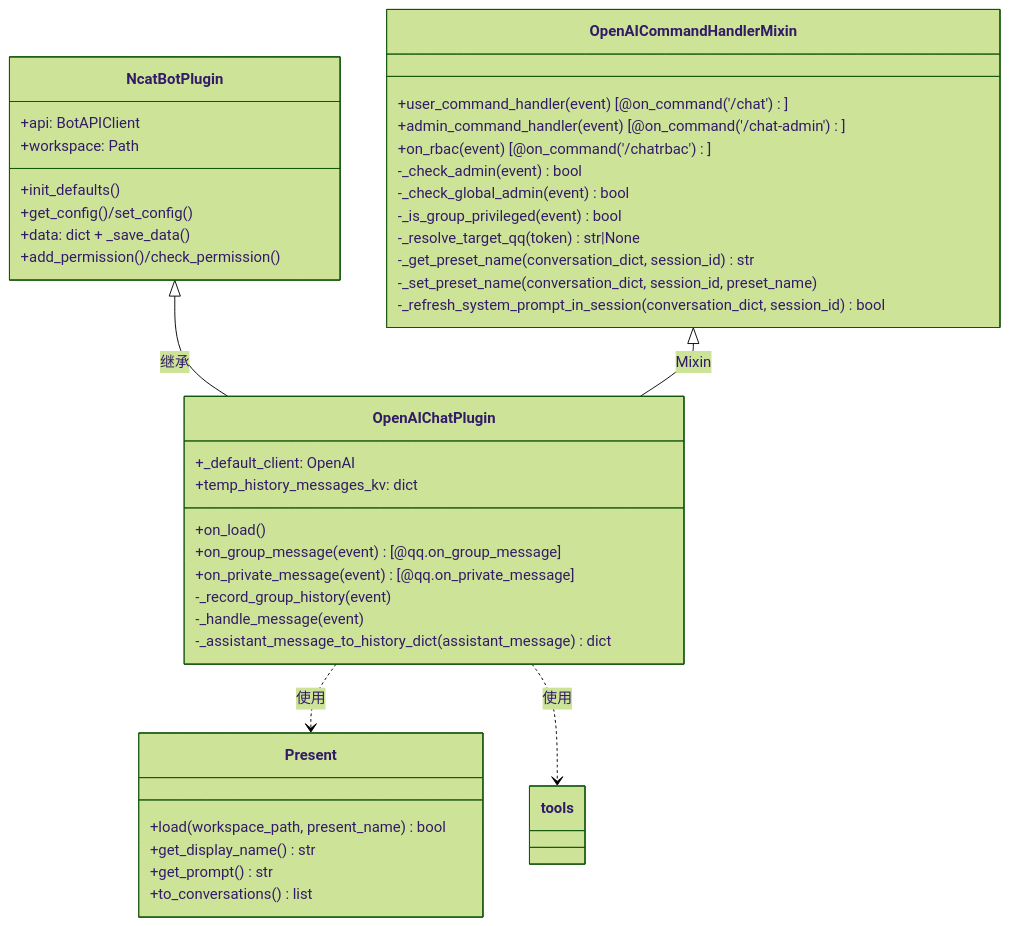
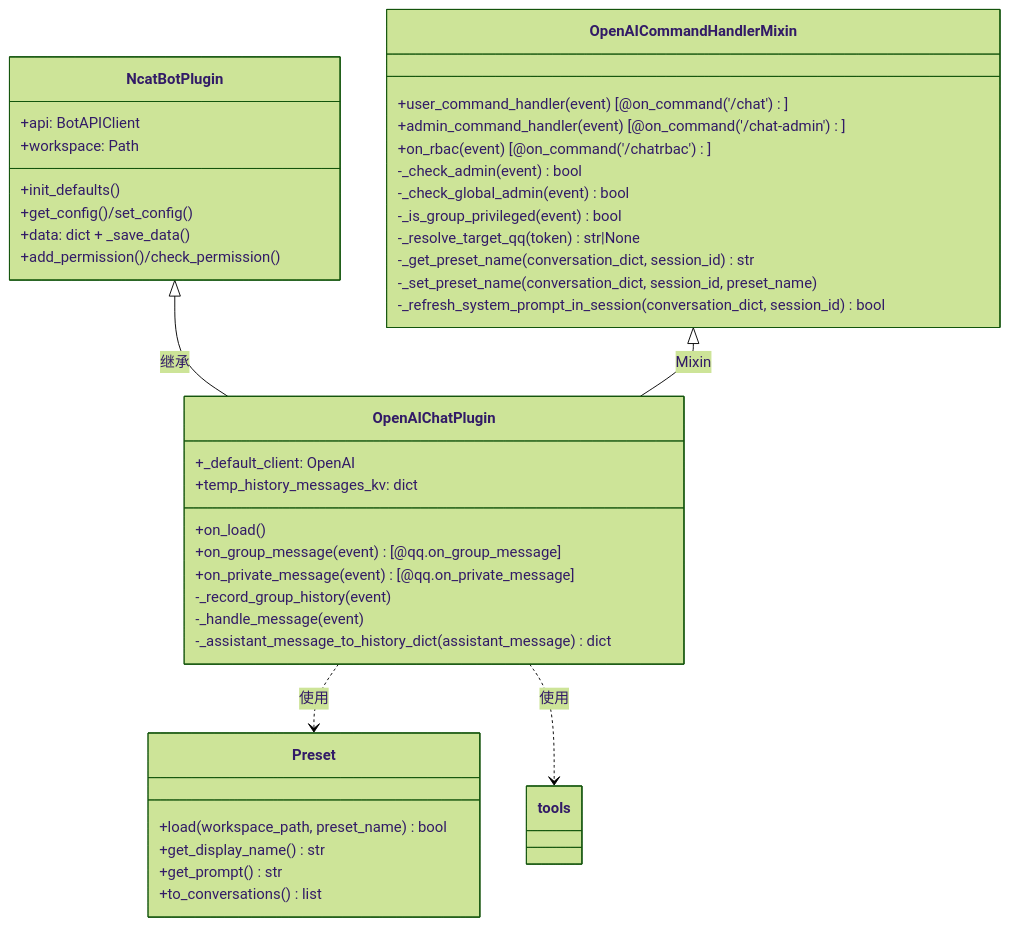
The third of 3 diagrams in AGENTS.md (Yang-qwq/openai_chat_plugin), drawn with Mermaid (forest theme) before and after one commit. The commit also changed other lines of this file and 9 other files, not shown here.

````diff
--- a/AGENTS.md
+++ b/AGENTS.md
@@ -70,47 +70,47 @@
 ```mermaid
 classDiagram
     class NcatBotPlugin {
         +init_defaults()
         +get_config()/set_config()
         +data: dict + _save_data()
         +api: BotAPIClient
         +workspace: Path
         +add_permission()/check_permission()
     }
 
     class OpenAICommandHandlerMixin {
         +user_command_handler(event) [@on_command('/chat')]
         +admin_command_handler(event) [@on_command('/chat-admin')]
         +on_rbac(event) [@on_command('/chatrbac')]
         -_check_admin(event) bool
         -_check_global_admin(event) bool
         -_is_group_privileged(event) bool
         -_resolve_target_qq(token) str|None
         -_get_preset_name(conversation_dict, session_id) str
         -_set_preset_name(conversation_dict, session_id, preset_name)
         -_refresh_system_prompt_in_session(conversation_dict, session_id) bool
     }
 
     class OpenAIChatPlugin {
         +_default_client: OpenAI
         +temp_history_messages_kv: dict
         +on_load()
         +on_group_message(event) [@qq.on_group_message]
         +on_private_message(event) [@qq.on_private_message]
         -_record_group_history(event)
         -_handle_message(event)
         -_assistant_message_to_history_dict(assistant_message) dict
     }
 
-    class Present {
-        +load(workspace_path, present_name) bool
+    class Preset {
+        +load(workspace_path, preset_name) bool
         +get_display_name() str
         +get_prompt() str
         +to_conversations() list
     }
 
     NcatBotPlugin <|-- OpenAIChatPlugin : 继承
     OpenAICommandHandlerMixin <|-- OpenAIChatPlugin : Mixin
-    OpenAIChatPlugin ..> Present : 使用
+    OpenAIChatPlugin ..> Preset : 使用
     OpenAIChatPlugin ..> tools : 使用
 ```
````
